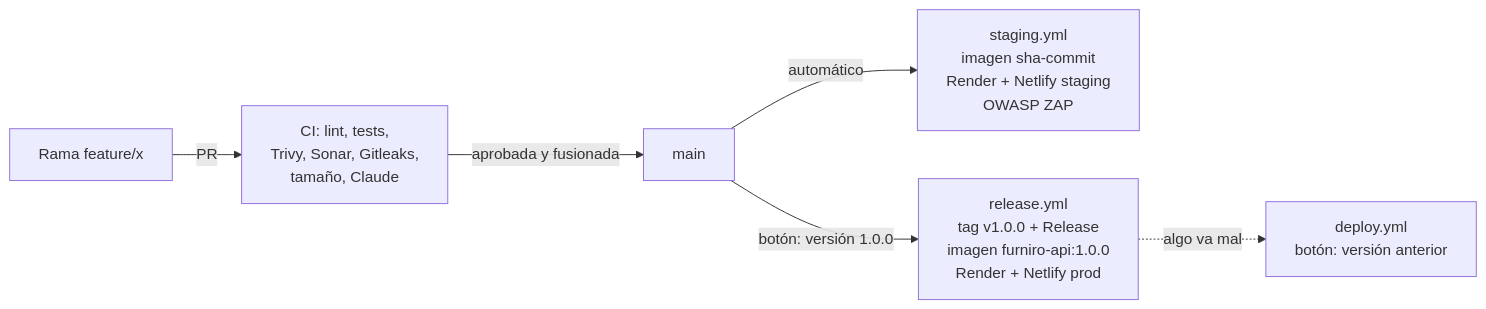
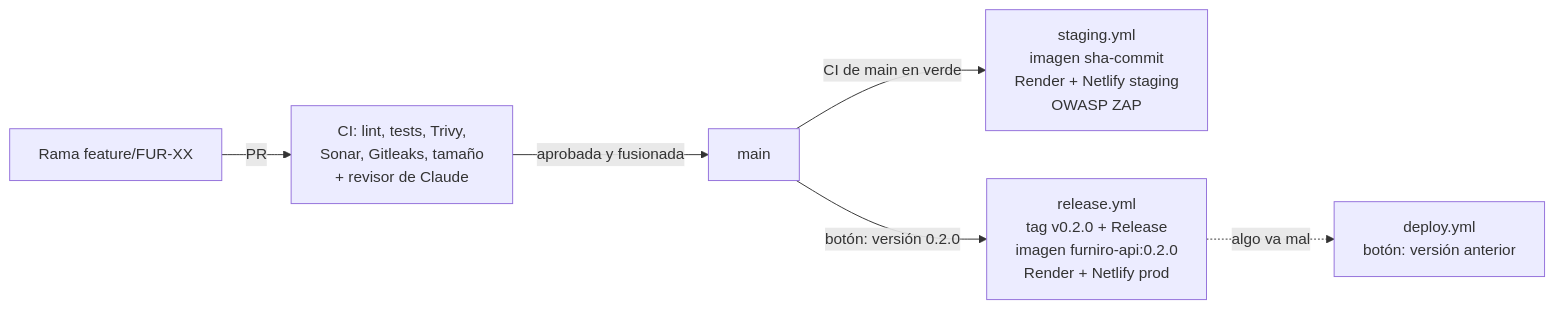
Before and after one commit to migueldonaire/furniro-bootcamp-fullstack: the diagram in docs/setup-guide.md, drawn with Mermaid. The commit also changed other lines of this file, not shown here.

````diff
--- a/docs/setup-guide.md
+++ b/docs/setup-guide.md
@@ -7,8 +7,8 @@
 ```mermaid
 flowchart LR
-  A[Rama feature/x] -->|PR| B[CI: lint, tests,<br/>Trivy, Sonar, Gitleaks,<br/>tamaño, Claude]
+  A[Rama feature/FUR-XX] -->|PR| B[CI: lint, tests, Trivy,<br/>Sonar, Gitleaks, tamaño<br/>+ revisor de Claude]
   B -->|aprobada y fusionada| C[main]
-  C -->|automático| D[staging.yml<br/>imagen sha-commit<br/>Render + Netlify staging<br/>OWASP ZAP]
-  C -->|botón: versión 1.0.0| E[release.yml<br/>tag v1.0.0 + Release<br/>imagen furniro-api:1.0.0<br/>Render + Netlify prod]
+  C -->|CI de main en verde| D[staging.yml<br/>imagen sha-commit<br/>Render + Netlify staging<br/>OWASP ZAP]
+  C -->|botón: versión 0.2.0| E[release.yml<br/>tag v0.2.0 + Release<br/>imagen furniro-api:0.2.0<br/>Render + Netlify prod]
   E -.algo va mal.-> F[deploy.yml<br/>botón: versión anterior]
 ```
````
